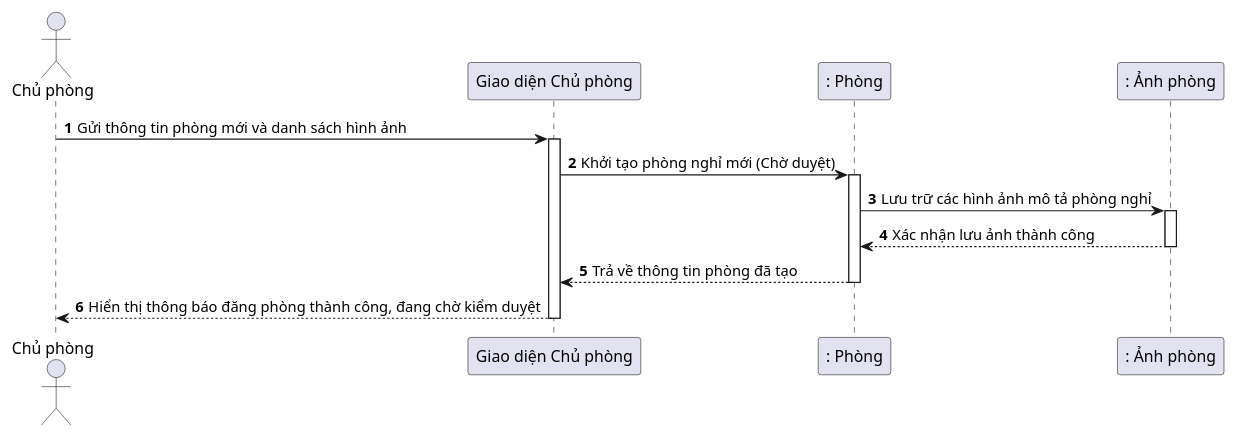
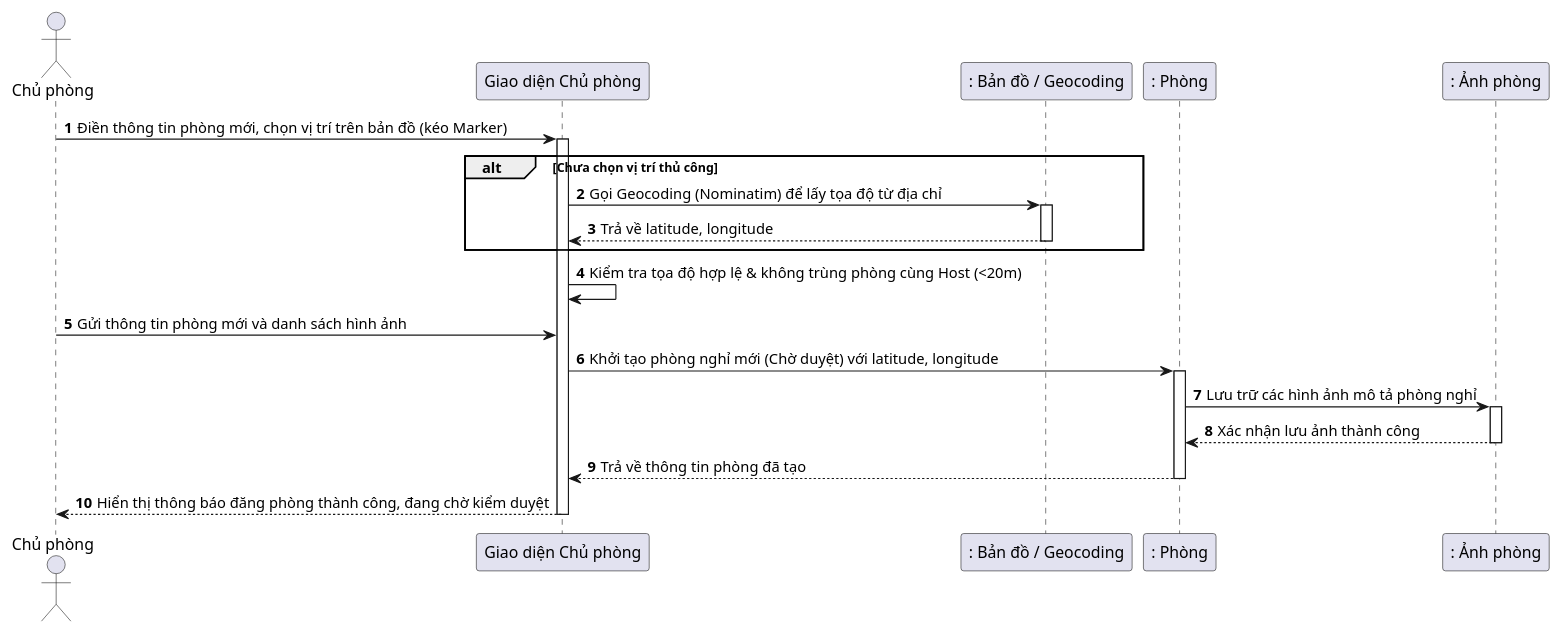
One commit to kienpham23/BuddingHotelStay-frontend changed diagram 17 of 29 in huong_dan_ve_bieu_do.md. Above: the diagram before and after it, drawn with PlantUML. The commit also changed other lines of this file and 3 other files, not shown here.

````diff
--- a/huong_dan_ve_bieu_do.md
+++ b/huong_dan_ve_bieu_do.md
@@ -529,26 +536,37 @@
 ```plantuml
 @startuml
 autonumber
 actor "Chủ phòng" as Host
 participant "Giao diện Chủ phòng" as GUI
+participant ": Bản đồ / Geocoding" as Map
 participant ": Phòng" as Room
 participant ": Ảnh phòng" as Image
 
-Host -> GUI : Gửi thông tin phòng mới và danh sách hình ảnh
+Host -> GUI : Điền thông tin phòng mới, chọn vị trí trên bản đồ (kéo Marker)
 activate GUI
 
-GUI -> Room : Khởi tạo phòng nghỉ mới (Chờ duyệt)
+alt Chưa chọn vị trí thủ công
+    GUI -> Map : Gọi Geocoding (Nominatim) để lấy tọa độ từ địa chỉ
+    activate Map
+    Map --> GUI : Trả về latitude, longitude
+    deactivate Map
+end
+
+GUI -> GUI : Kiểm tra tọa độ hợp lệ & không trùng phòng cùng Host (<20m)
+
+Host -> GUI : Gửi thông tin phòng mới và danh sách hình ảnh
+GUI -> Room : Khởi tạo phòng nghỉ mới (Chờ duyệt) với latitude, longitude
 activate Room
 
 Room -> Image : Lưu trữ các hình ảnh mô tả phòng nghỉ
 activate Image
 Image --> Room : Xác nhận lưu ảnh thành công
 deactivate Image
 
 Room --> GUI : Trả về thông tin phòng đã tạo
 deactivate Room
 
 GUI --> Host : Hiển thị thông báo đăng phòng thành công, đang chờ kiểm duyệt
 deactivate GUI
 @enduml
 ```
````
